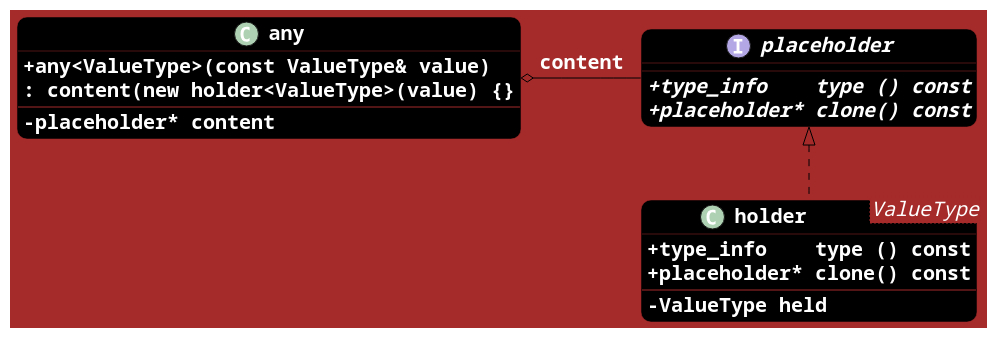
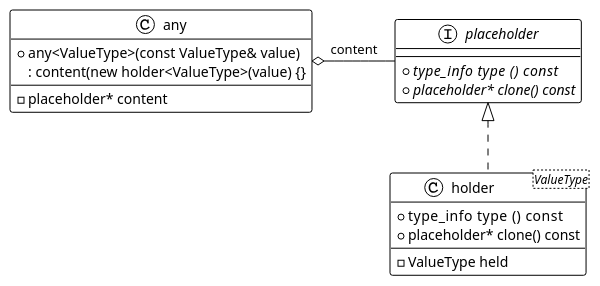
One commit to XzoRit/template_programming_workshop changed the diagram in presentation.org. Above: the diagram before and after it, drawn with PlantUML.

Commit message:
use plain theme in plantuml instead of "handcrafted" theme

```diff
--- a/presentation.org
+++ b/presentation.org
@@ -509,52 +509,32 @@
 #+BEGIN_SRC plantuml :file boost_any.png
-skinparam monochrome false
-skinparam backgroundcolor Brown
-skinparam DefaultFontName Courier
-skinparam RoundCorner 20
-skinparam DefaultFontSize 20
-skinparam DefaultFontColor White
+  !theme plain
 
-skinparam class {
-      ArrowColor Green
-      ArrowFontStyle Bold
+  class any {
+        +any<ValueType>(const ValueType& value)
+        : content(new holder<ValueType>(value) {}
+        --
+        -placeholder* content
+  }
 
-      AttributeFontColor White
-      AttributeFontStyle Bold
-      AttributeIconSize 0
+  interface placeholder {
+        +{abstract} type_info    type () const
+        +{abstract} placeholder* clone() const
+  }
 
-      ArrowColor Black
-      BackgroundColor Black
-      BorderColor Brown
-      FontColor White
-      FontStyle Bold
-}
+  class holder<ValueType> {
+        +type_info    type () const
+        +placeholder* clone() const
+        --
+        -ValueType held
+  }
 
-class any {
-      +any<ValueType>(const ValueType& value)
-      : content(new holder<ValueType>(value) {}
-      --
-      -placeholder* content
-}
+  placeholder <|.. holder
+  any         o--  placeholder : content
 
-interface placeholder {
-      +{abstract} type_info    type () const
-      +{abstract} placeholder* clone() const
-}
+  together {
+        class any
+        interface placeholder
+  }
 
-class holder<ValueType> {
-      +type_info    type () const
-      +placeholder* clone() const
-      --
-      -ValueType held
-}
-
-placeholder <|.. holder
-any         o--  placeholder : content
-
-together {
-      class any
-      interface placeholder
-}
-
-any -[hidden]> placeholder
+  any -[hidden]> placeholder
 #+END_SRC
```
